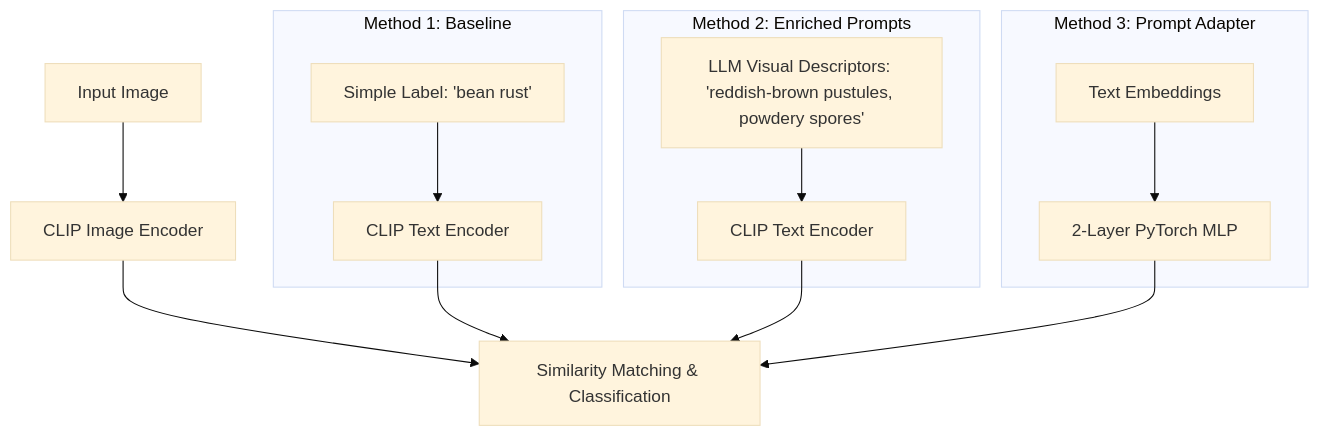
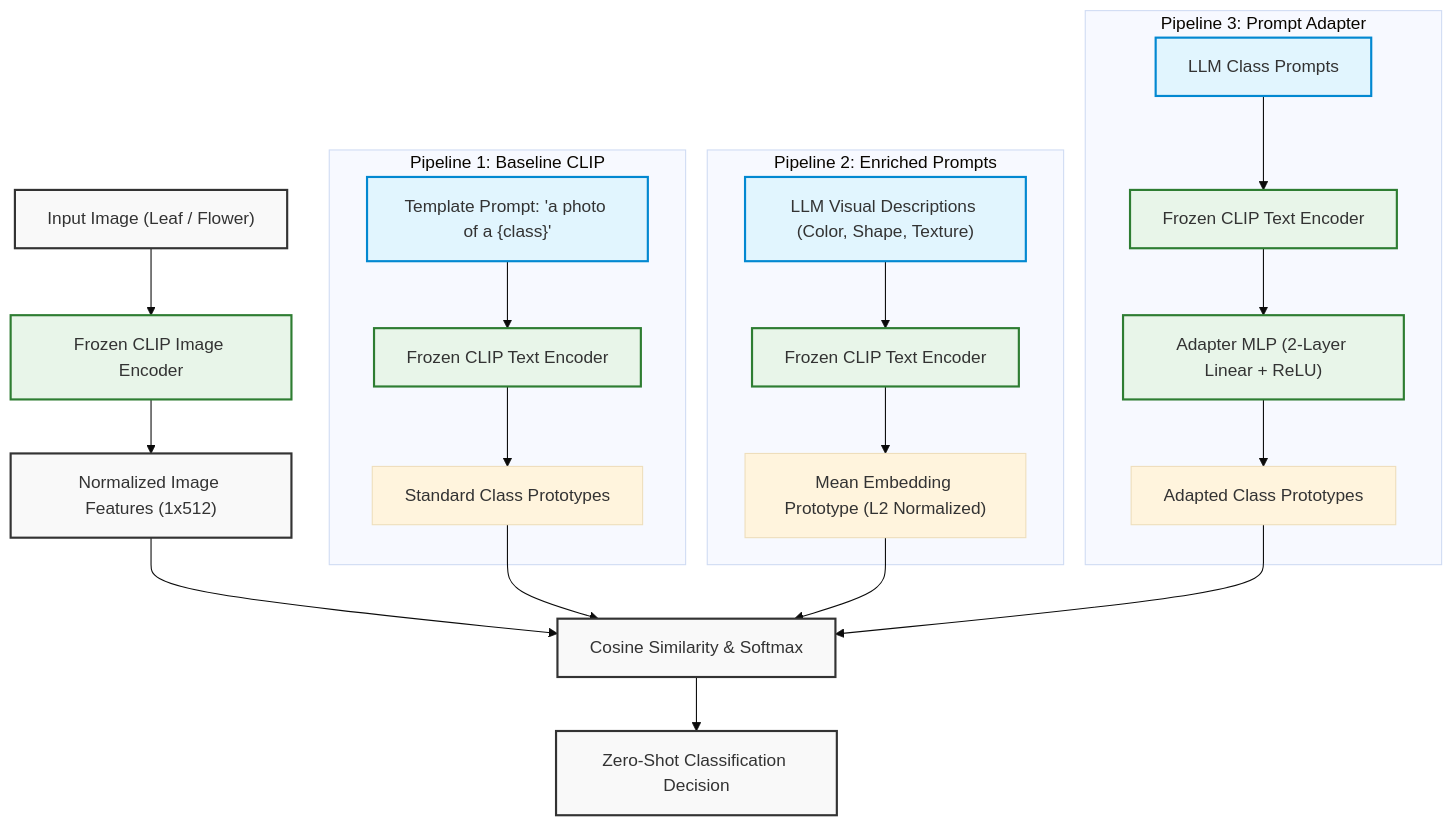
One commit to Kalyansai1844/FineTuneCLIP changed the diagram in README.md. Above: the diagram before and after it, drawn with Mermaid (base theme). The commit also changed 3 other files, not shown here.

Commit message:
Create portfolio assets: resume bullets, interview guide, linkedin post, and update architecture diagram

````diff
--- a/README.md
+++ b/README.md
@@ -52,21 +52,37 @@
 ```mermaid
 graph TD
-    A[Input Image] --> B[CLIP Image Encoder]
+    %% Define Styles
+    classDef main fill:#f9f9f9,stroke:#333,stroke-width:2px;
+    classDef method fill:#e1f5fe,stroke:#0288d1,stroke-width:2px;
+    classDef model fill:#e8f5e9,stroke:#2e7d32,stroke-width:2px;
     
-    subgraph Method 1: Baseline
-        C1[Simple Label: 'bean rust'] --> D1[CLIP Text Encoder]
+    A["Input Image (Leaf / Flower)"] --> B["Frozen CLIP Image Encoder"]
+    B --> F["Normalized Image Features (1x512)"]
+    
+    subgraph Pipeline 1: Baseline CLIP
+        C1["Template Prompt: 'a photo of a {class}'"] --> D1["Frozen CLIP Text Encoder"]
+        D1 --> E1["Standard Class Prototypes"]
     end
     
-    subgraph Method 2: Enriched Prompts
-        C2[LLM Visual Descriptors: 'reddish-brown pustules, powdery spores'] --> D2[CLIP Text Encoder]
+    subgraph Pipeline 2: Enriched Prompts
+        C2["LLM Visual Descriptions (Color, Shape, Texture)"] --> D2["Frozen CLIP Text Encoder"]
+        D2 --> E2["Mean Embedding Prototype (L2 Normalized)"]
     end
     
-    subgraph Method 3: Prompt Adapter
-        C3[Text Embeddings] --> D3[2-Layer PyTorch MLP]
+    subgraph Pipeline 3: Prompt Adapter
+        C3["LLM Class Prompts"] --> D3["Frozen CLIP Text Encoder"]
+        D3 --> G["Adapter MLP (2-Layer Linear + ReLU)"]
+        G --> E3["Adapted Class Prototypes"]
     end
     
-    B --> E[Similarity Matching & Classification]
-    D1 --> E
-    D2 --> E
-    D3 --> E
+    F --> H["Cosine Similarity & Softmax"]
+    E1 --> H
+    E2 --> H
+    E3 --> H
+    
+    H --> I["Zero-Shot Classification Decision"]
+
+    class A,F,H,I main;
+    class C1,C2,C3 method;
+    class B,D1,D2,D3,G model;
 ```
````
